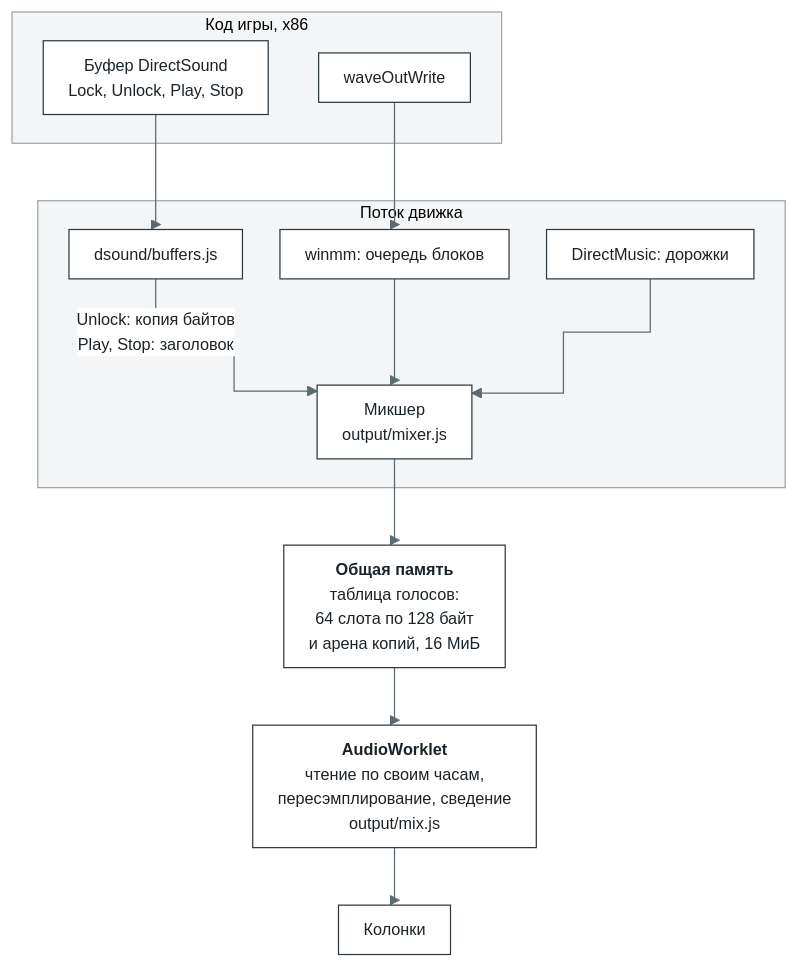
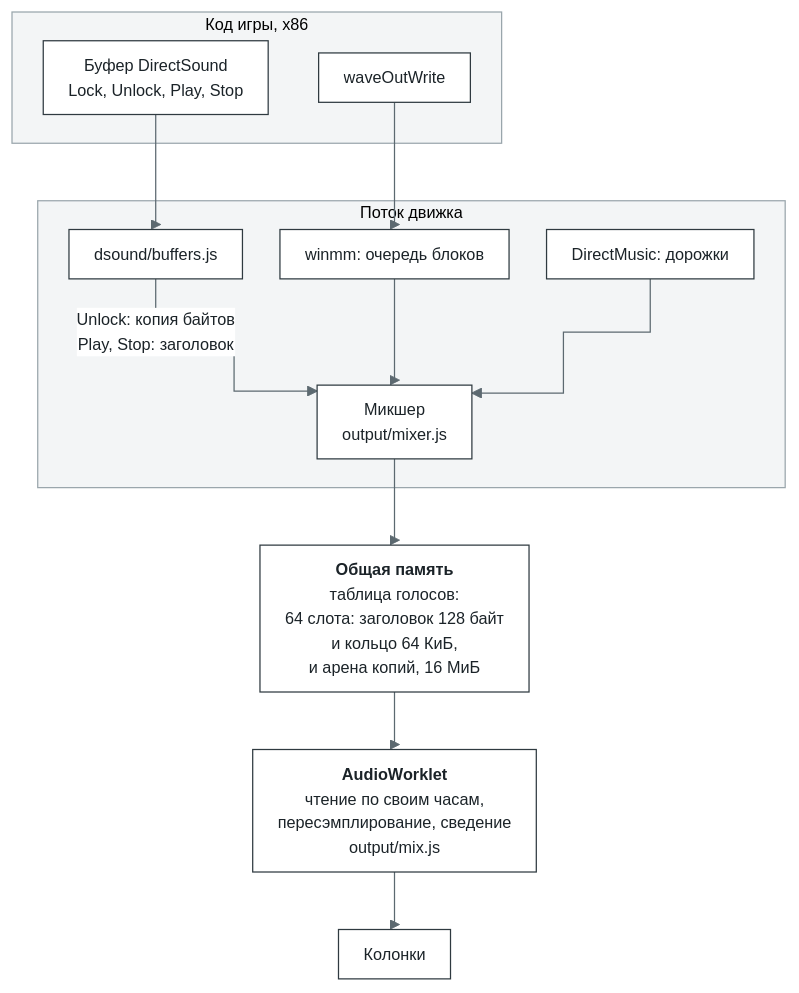
Before and after one commit to bottlify/bottlify: the eighth of 10 diagrams in docs/architecture.ru.md, drawn with Mermaid. The commit also changed other lines of this file and 5 other files, not shown here.

````diff
--- a/docs/architecture.ru.md
+++ b/docs/architecture.ru.md
@@ -695,24 +776,24 @@
 ```mermaid
 %%{init: {"theme": "base", "flowchart": {"curve": "step", "nodeSpacing": 30, "rankSpacing": 46, "padding": 10}, "themeVariables": {"fontFamily": "Inter, Segoe UI, Helvetica, Arial, sans-serif", "fontSize": "13px", "primaryColor": "#FFFFFF", "primaryBorderColor": "#2F3A40", "primaryTextColor": "#1B2328", "lineColor": "#5C6970", "clusterBkg": "#F3F5F6", "clusterBorder": "#9AA6AC", "edgeLabelBackground": "#FFFFFF"}}}%%
 flowchart TB
   subgraph GC["Код игры, x86"]
     DS["Буфер DirectSound<br/>Lock, Unlock, Play, Stop"]
     WO["waveOutWrite"]
   end
   subgraph EW["Поток движка"]
     DB["dsound/buffers.js"]
     WM["winmm: очередь блоков"]
     DM["DirectMusic: дорожки"]
     MX["Микшер<br/>output/mixer.js"]
   end
-  TB["<b>Общая память</b><br/>таблица голосов:<br/>64 слота по 128 байт<br/>и арена копий, 16 МиБ"]
+  TB["<b>Общая память</b><br/>таблица голосов:<br/>64 слота: заголовок 128 байт<br/>и кольцо 64 КиБ,<br/>и арена копий, 16 МиБ"]
   RD["<b>AudioWorklet</b><br/>чтение по своим часам,<br/>пересэмплирование, сведение<br/>output/mix.js"]
   DS --> DB
   WO --> WM
   DB -->|"Unlock: копия байтов<br/>Play, Stop: заголовок"| MX
   WM --> MX
   DM --> MX
   MX --> TB
   TB --> RD
   RD --> SPK["Колонки"]
 ```
````
